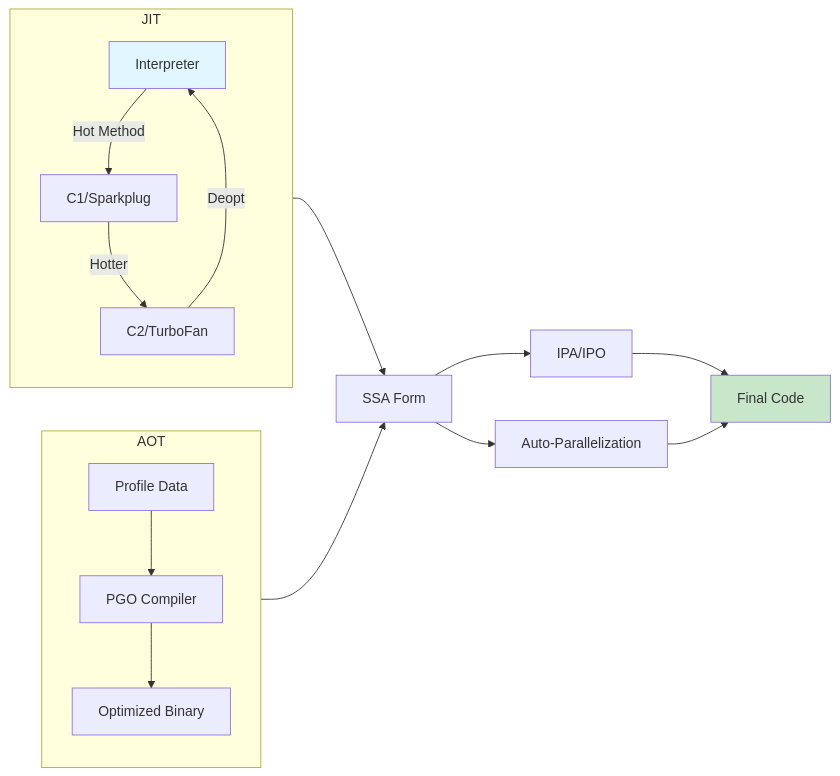
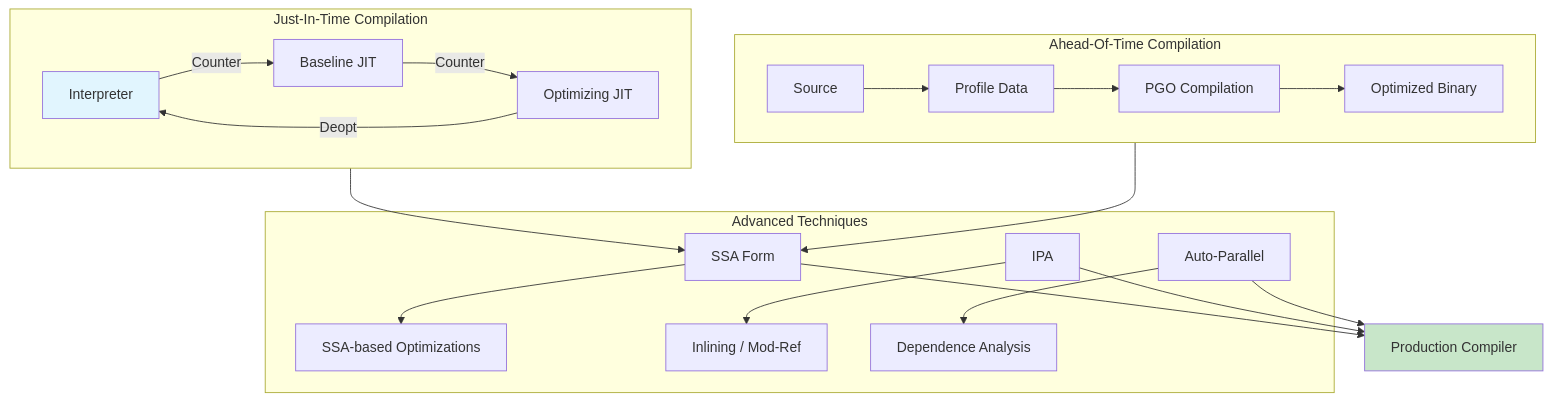
Before and after one commit to Raushan666java/ai-engineering-journey: the diagram in docs/courses/compiler-design/15-advanced.md, drawn with Mermaid. The commit also changed other lines of this file and 41 other files, not shown here.

````diff
--- a/docs/courses/compiler-design/15-advanced.md
+++ b/docs/courses/compiler-design/15-advanced.md
@@ -20,20 +25,25 @@
 ```mermaid
-flowchart LR
-    subgraph JIT
-        A[Interpreter] -->|Hot Method| B[C1/Sparkplug]
-        B -->|Hotter| C[C2/TurboFan]
+flowchart TB
+    subgraph JIT["Just-In-Time Compilation"]
+        A[Interpreter] -->|Counter| B[Baseline JIT]
+        B -->|Counter| C[Optimizing JIT]
         C -->|Deopt| A
     end
-    subgraph AOT
-        D[Profile Data] --> E[PGO Compiler]
-        E --> F[Optimized Binary]
+    subgraph AOT["Ahead-Of-Time Compilation"]
+        D[Source] --> E[Profile Data]
+        E --> F[PGO Compilation]
+        F --> G[Optimized Binary]
     end
-    JIT --> G[SSA Form]
-    AOT --> G
-    G --> H[IPA/IPO]
-    G --> I[Auto-Parallelization]
-    H --> J[Final Code]
-    I --> J
+    subgraph Advanced["Advanced Techniques"]
+        H[SSA Form] --> I[SSA-based Optimizations]
+        J[IPA] --> K[Inlining / Mod-Ref]
+        L[Auto-Parallel] --> M[Dependence Analysis]
+    end
+    JIT --> H
+    AOT --> H
+    H --> N[Production Compiler]
+    J --> N
+    L --> N
     style A fill:#e1f5fe
-    style J fill:#c8e6c9
+    style N fill:#c8e6c9
 ```
````
